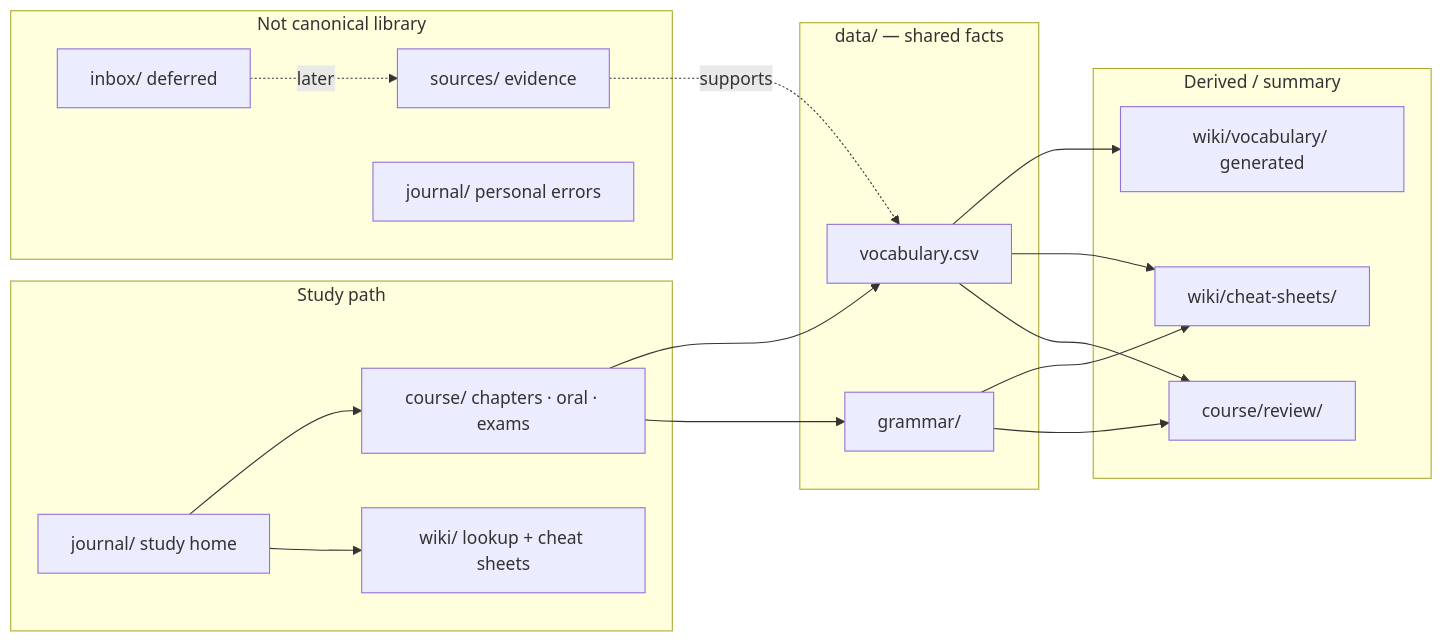
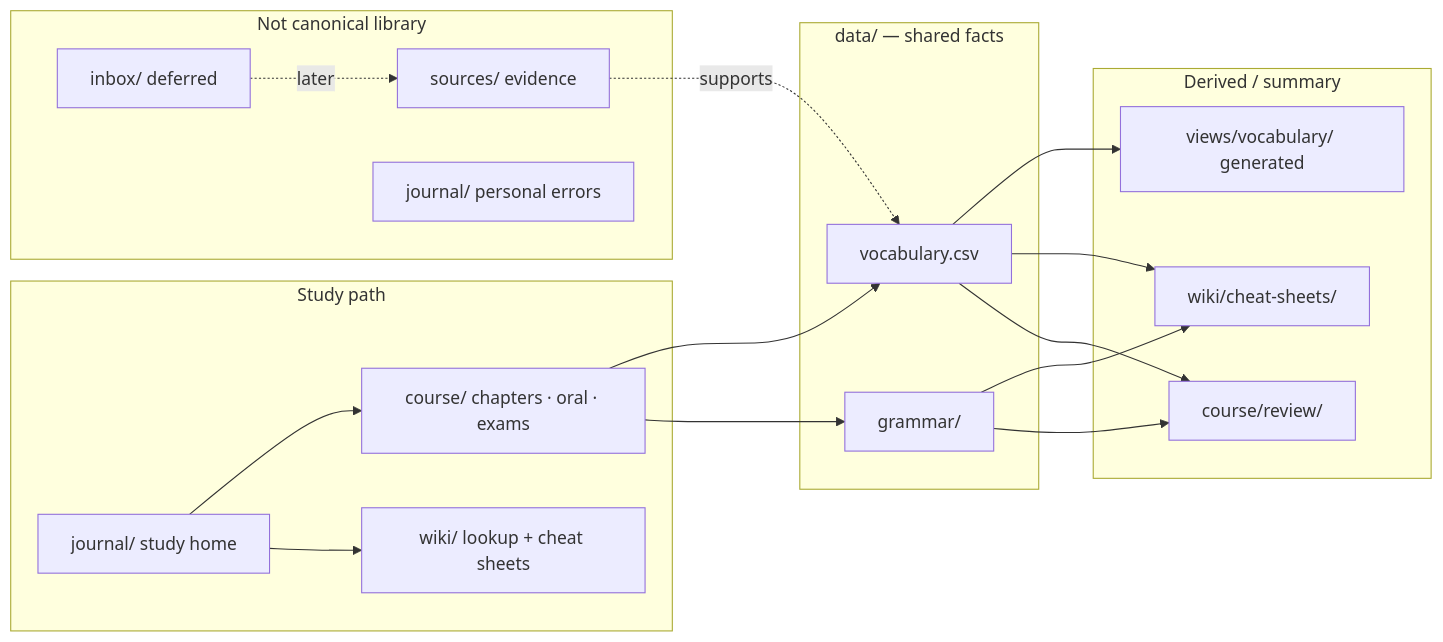
The sixth of 8 diagrams in docs/OVERVIEW.md (brickwalllegend2000/dutch-study), drawn with Mermaid before and after one commit. The commit also changed other lines of this file and 571 other files, not shown here.

First line of the commit message:
refactor(views): move generated vocabulary reading views into views/

````diff
--- a/docs/OVERVIEW.md
+++ b/docs/OVERVIEW.md
@@ -197,33 +197,33 @@
 ```mermaid
 flowchart LR
   subgraph learn["Study path"]
     HOME["journal/ study home"]
     COURSE["course/ chapters · oral · exams"]
     WIKI["wiki/ lookup + cheat sheets"]
   end
   subgraph facts["data/ — shared facts"]
     CSV["vocabulary.csv"]
     GRAM["grammar/"]
   end
   subgraph views["Derived / summary"]
-    WV["wiki/vocabulary/ generated"]
+    WV["views/vocabulary/ generated"]
     CS["wiki/cheat-sheets/"]
     RV["course/review/"]
   end
   subgraph not_canon["Not canonical library"]
     SRC["sources/ evidence"]
     IN["inbox/ deferred"]
     J2["journal/ personal errors"]
   end
   HOME --> COURSE
   HOME --> WIKI
   COURSE --> CSV
   COURSE --> GRAM
   CSV --> WV
   GRAM --> CS
   CSV --> CS
   GRAM --> RV
   CSV --> RV
   SRC -.->|supports| CSV
   IN -.->|later| SRC
 ```
````
